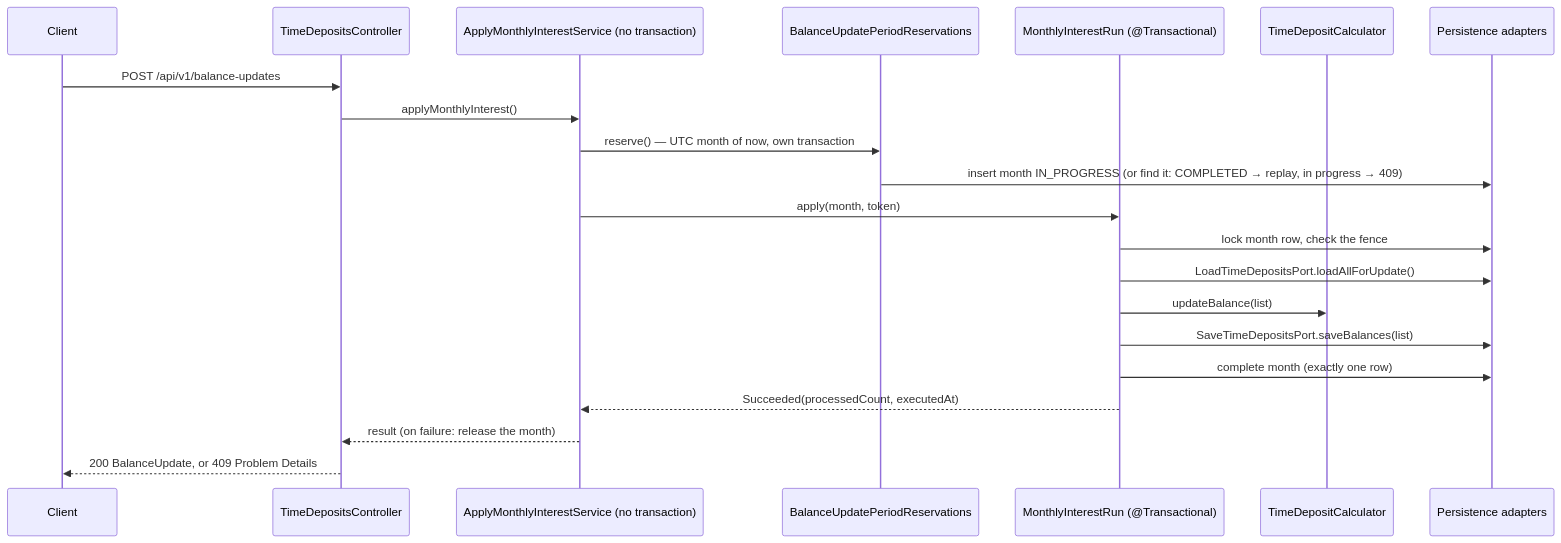
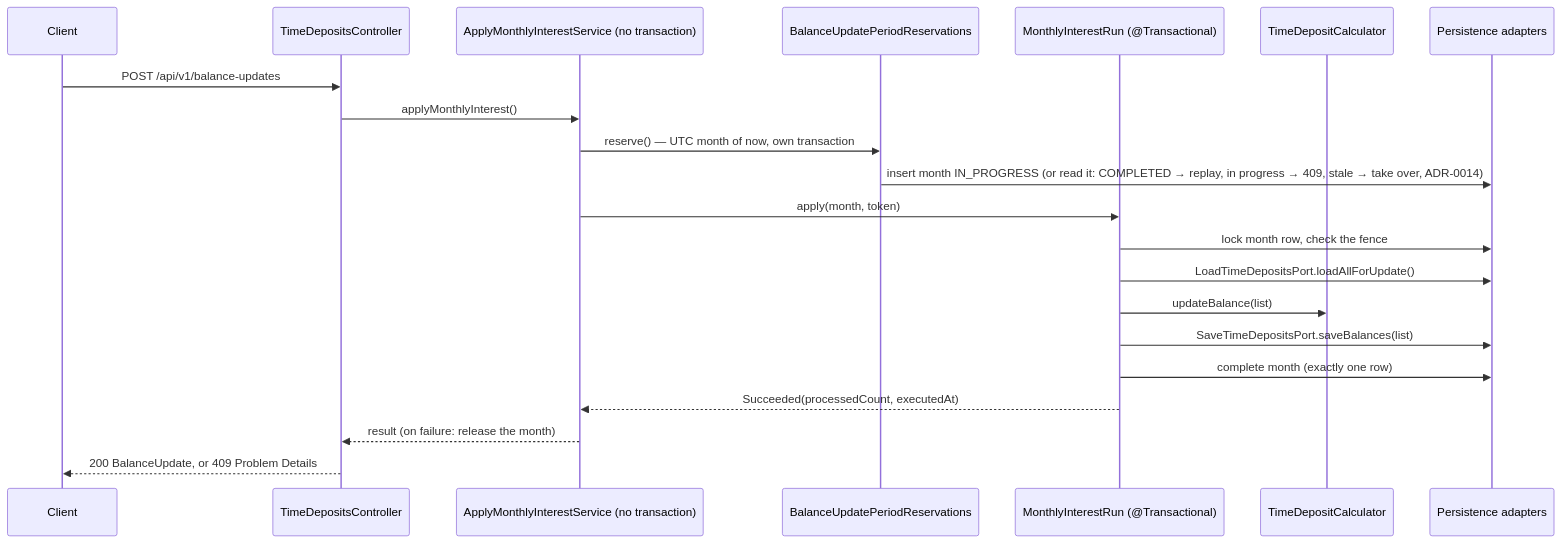
One commit to bh3x/time-deposit-kata changed the fifth of 5 diagrams in docs/architecture/overview.md. Above: the diagram before and after it, drawn with Mermaid. The commit also changed 5 other files, not shown here.

````diff
--- a/docs/architecture/overview.md
+++ b/docs/architecture/overview.md
@@ -96,23 +96,23 @@
 ```mermaid
 sequenceDiagram
   participant C as Client
   participant R as TimeDepositsController
   participant S as ApplyMonthlyInterestService (no transaction)
   participant V as BalanceUpdatePeriodReservations
   participant M as MonthlyInterestRun (@Transactional)
   participant K as TimeDepositCalculator
   participant P as Persistence adapters
   C->>R: POST /api/v1/balance-updates
   R->>S: applyMonthlyInterest()
   S->>V: reserve() — UTC month of now, own transaction
-  V->>P: insert month IN_PROGRESS (or find it: COMPLETED → replay, in progress → 409)
+  V->>P: insert month IN_PROGRESS (or read it: COMPLETED → replay, in progress → 409, stale → take over, ADR-0014)
   S->>M: apply(month, token)
   M->>P: lock month row, check the fence
   M->>P: LoadTimeDepositsPort.loadAllForUpdate()
   M->>K: updateBalance(list)
   M->>P: SaveTimeDepositsPort.saveBalances(list)
   M->>P: complete month (exactly one row)
   M-->>S: Succeeded(processedCount, executedAt)
   S-->>R: result (on failure: release the month)
   R-->>C: 200 BalanceUpdate, or 409 Problem Details
 ```
````
